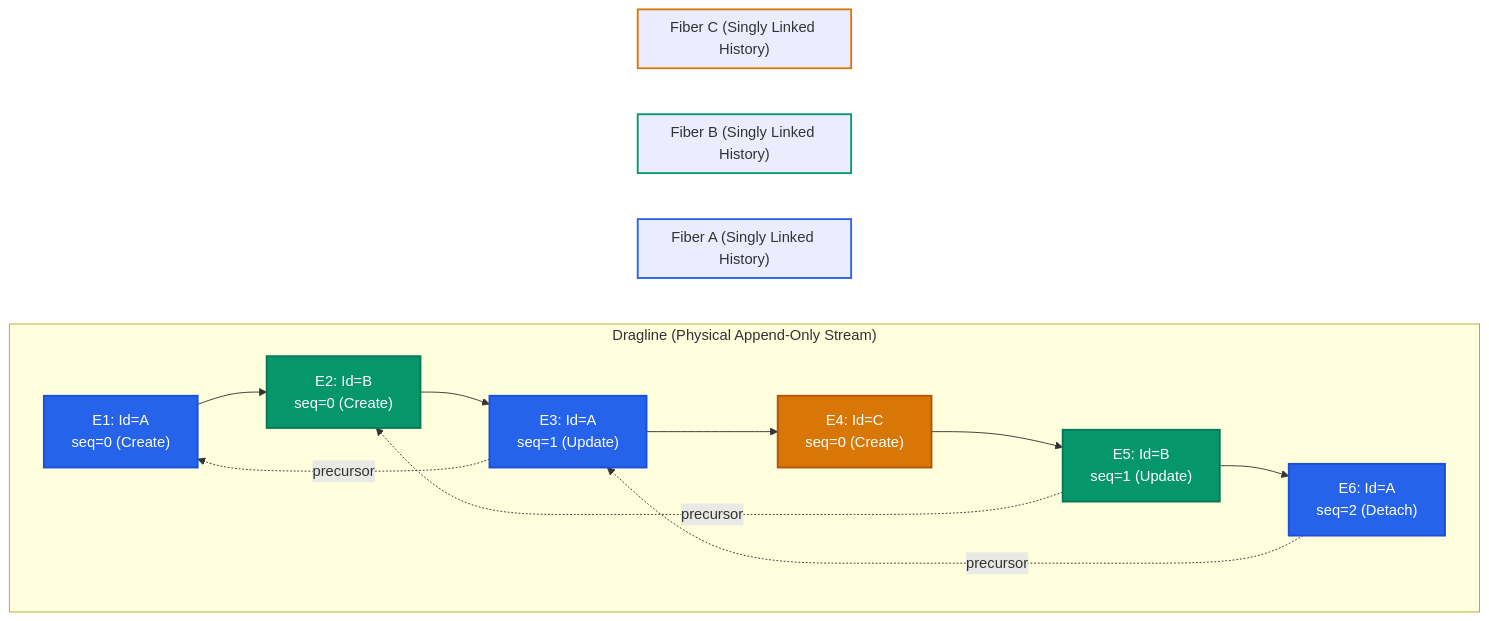
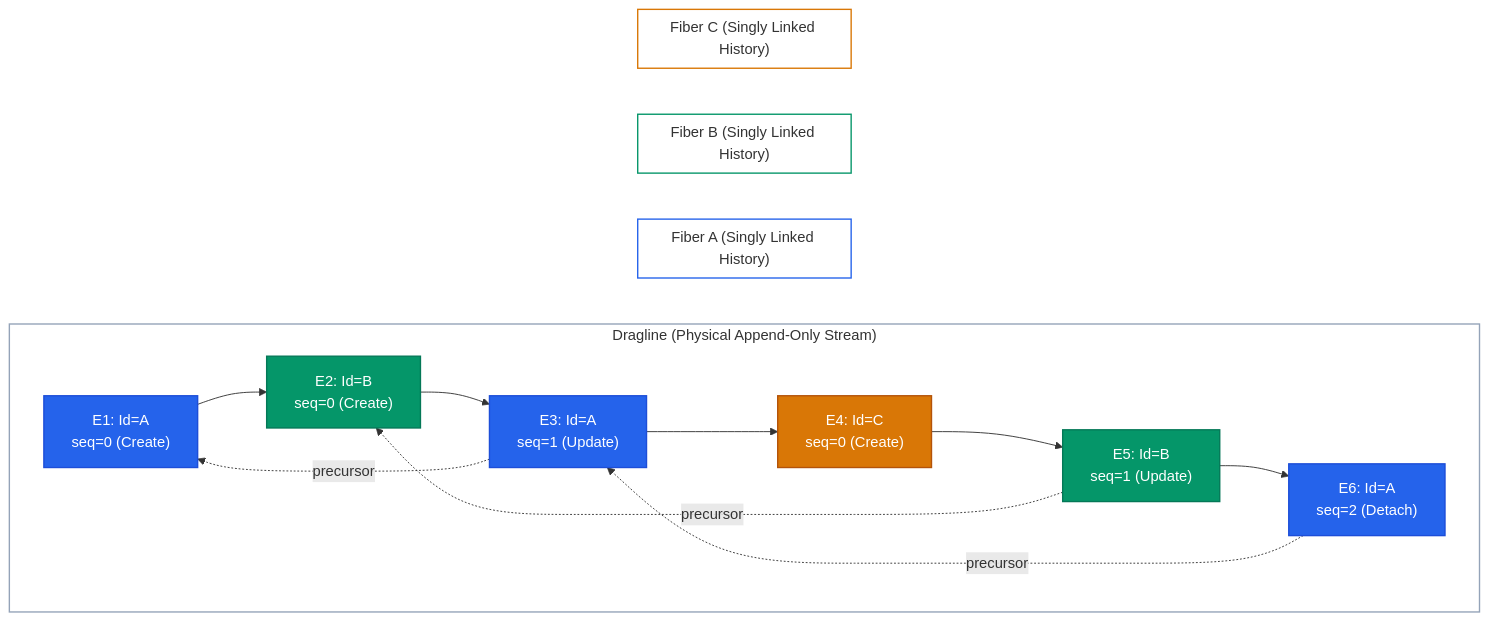
Before and after one commit to acje/acje.github.io: the second of 5 diagrams in content/projects/pardosa/index.md, drawn with Mermaid. The commit also changed other lines of this file and 2 other files, not shown here.

Commit message:
Modernize and unify Mermaid diagram color schemes across project presentations

````diff
--- a/content/projects/pardosa/index.md
+++ b/content/projects/pardosa/index.md
@@ -68,39 +82,40 @@
 ```mermaid
 flowchart LR
     subgraph Dragline ["Dragline (Physical Append-Only Stream)"]
         direction LR
         E1["E1: Id=A<br/>seq=0 (Create)"]
         E2["E2: Id=B<br/>seq=0 (Create)"]
         E3["E3: Id=A<br/>seq=1 (Update)"]
         E4["E4: Id=C<br/>seq=0 (Create)"]
         E5["E5: Id=B<br/>seq=1 (Update)"]
         E6["E6: Id=A<br/>seq=2 (Detach)"]
 
         E1 --> E2 --> E3 --> E4 --> E5 --> E6
     end
 
     subgraph FiberA ["Fiber A (Singly Linked History)"]
         E6 -. precursor .-> E3
         E3 -. precursor .-> E1
     end
 
     subgraph FiberB ["Fiber B (Singly Linked History)"]
         E5 -. precursor .-> E2
     end
 
     subgraph FiberC ["Fiber C (Singly Linked History)"]
         E4
     end
 
-    classDef fiberA fill:#2563eb,stroke:#1d4ed8,stroke-width:2px,color:#ffffff
-    classDef fiberB fill:#059669,stroke:#047857,stroke-width:2px,color:#ffffff
-    classDef fiberC fill:#d97706,stroke:#b45309,stroke-width:2px,color:#ffffff
+    classDef fiberA fill:#2563eb,stroke:#1d4ed8,stroke-width:1.5px,color:#ffffff
+    classDef fiberB fill:#059669,stroke:#047857,stroke-width:1.5px,color:#ffffff
+    classDef fiberC fill:#d97706,stroke:#b45309,stroke-width:1.5px,color:#ffffff
 
     class E1,E3,E6 fiberA
     class E2,E5 fiberB
     class E4 fiberC
 
-    style FiberA stroke:#2563eb,stroke-width:2px
-    style FiberB stroke:#059669,stroke-width:2px
-    style FiberC stroke:#d97706,stroke-width:2px
+    style Dragline fill:transparent,stroke:#94a3b8,stroke-width:1.5px
+    style FiberA fill:transparent,stroke:#2563eb,stroke-width:1.5px
+    style FiberB fill:transparent,stroke:#059669,stroke-width:1.5px
+    style FiberC fill:transparent,stroke:#d97706,stroke-width:1.5px
 ```
````
